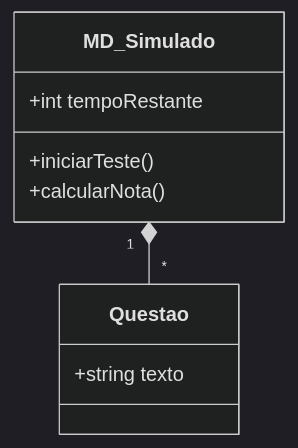
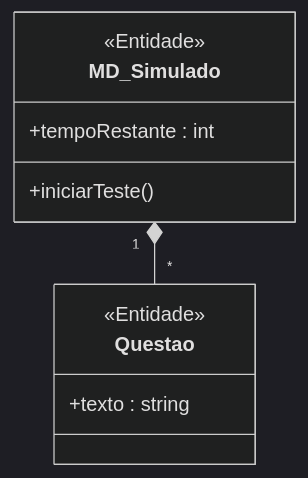
One commit to MayconDIS/PIM_III-Documentacao_UML changed the first of 2 diagrams in PIM_III/02_Modelagem_UML_Astah/UC11_Realizar_Simulado_ENADE/README.md. Above: the diagram before and after it, drawn with Mermaid (dark theme). The commit also changed other lines of this file and 17 other files, not shown here.

````diff
--- a/PIM_III/02_Modelagem_UML_Astah/UC11_Realizar_Simulado_ENADE/README.md
+++ b/PIM_III/02_Modelagem_UML_Astah/UC11_Realizar_Simulado_ENADE/README.md
@@ -32,12 +29,13 @@
 ```mermaid
 classDiagram
     class MD_Simulado {
-        +int tempoRestante
+        <<Entidade>>
+        +tempoRestante : int
         +iniciarTeste()
-        +calcularNota()
     }
     class Questao {
-        +string texto
+        <<Entidade>>
+        +texto : string
     }
     MD_Simulado "1" *-- "*" Questao
 ```
````
